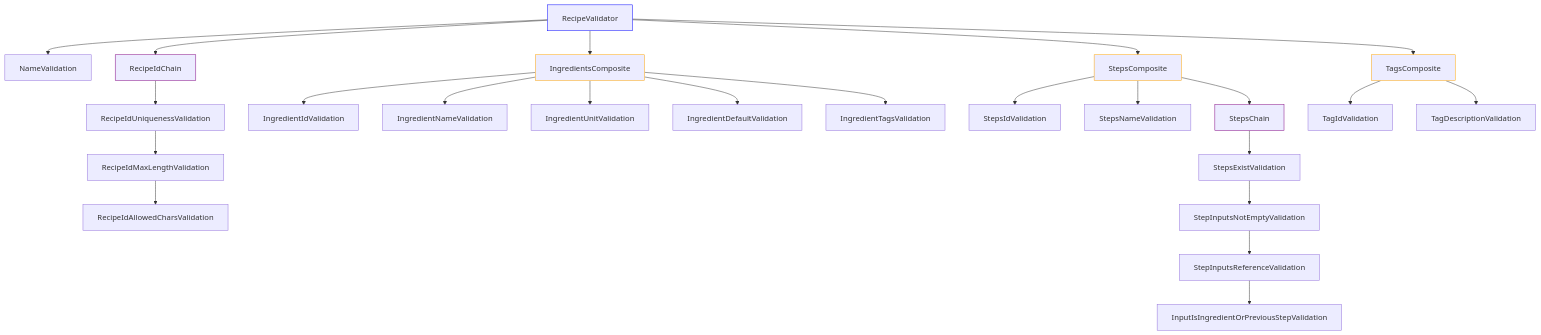
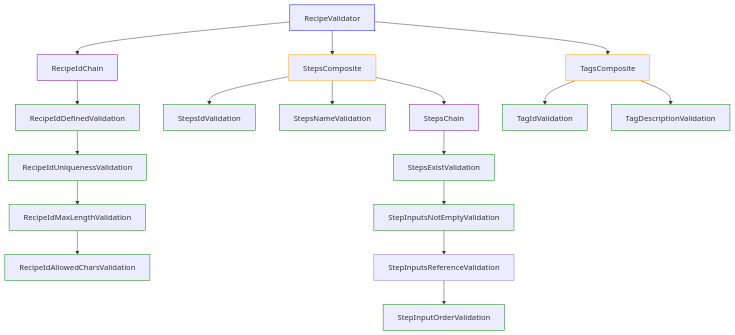
The diagram in README.md (Jesinski/json-data-validator), drawn with Mermaid before and after one commit. The commit also changed other lines of this file and 2 other files, not shown here.

````diff
--- a/README.md
+++ b/README.md
@@ -155,49 +164,40 @@
 ```mermaid
 graph TD
 %% Main Recipe Validator
-RecipeValidator --> NameValidation
 RecipeValidator --> RecipeIdChain
-RecipeValidator --> IngredientsComposite
 RecipeValidator --> StepsComposite
 RecipeValidator --> TagsComposite
 
 %% RecipeId Chain
-RecipeIdChain --> RecipeIdUniquenessValidation
+RecipeIdChain --> RecipeIdDefinedValidation
+RecipeIdDefinedValidation --> RecipeIdUniquenessValidation
 RecipeIdUniquenessValidation --> RecipeIdMaxLengthValidation
 RecipeIdMaxLengthValidation --> RecipeIdAllowedCharsValidation
-
-%% Ingredients Composite
-IngredientsComposite --> IngredientIdValidation
-IngredientsComposite --> IngredientNameValidation
-IngredientsComposite --> IngredientUnitValidation
-IngredientsComposite --> IngredientDefaultValidation
-IngredientsComposite --> IngredientTagsValidation
 
 %% Steps Composite
 StepsComposite --> StepsIdValidation
 StepsComposite --> StepsNameValidation
 StepsComposite --> StepsChain
 
 %% Steps Chain
 StepsChain --> StepsExistValidation
 StepsExistValidation --> StepInputsNotEmptyValidation
 StepInputsNotEmptyValidation --> StepInputsReferenceValidation
 
 %% Step Inputs Reference Validation
-StepInputsReferenceValidation --> InputIsIngredientOrPreviousStepValidation
+StepInputsReferenceValidation --> StepInputOrderValidation
 
 %% Tags Composite
 TagsComposite --> TagIdValidation
 TagsComposite --> TagDescriptionValidation
 
 classDef composite stroke:orange
 classDef chain stroke:purple
 classDef validator stroke:blue
+classDef validation stroke:green
 
 class RecipeValidator validator
-class IngredientsComposite composite
-class StepsComposite composite
-class StepsChain chain
-class RecipeIdChain chain
-class TagsComposite composite
+class StepsComposite,TagsComposite composite
+class StepsChain,RecipeIdChain chain
+class RecipeIdDefinedValidation,RecipeIdUniquenessValidation,RecipeIdMaxLengthValidation,RecipeIdAllowedCharsValidation,StepsIdValidation,StepsNameValidation,StepsExistValidation,StepInputsNotEmptyValidation,StepInputsReferenceExistValidation,StepInputOrderValidation,TagIdValidation,TagDescriptionValidation validation
 ```
````
